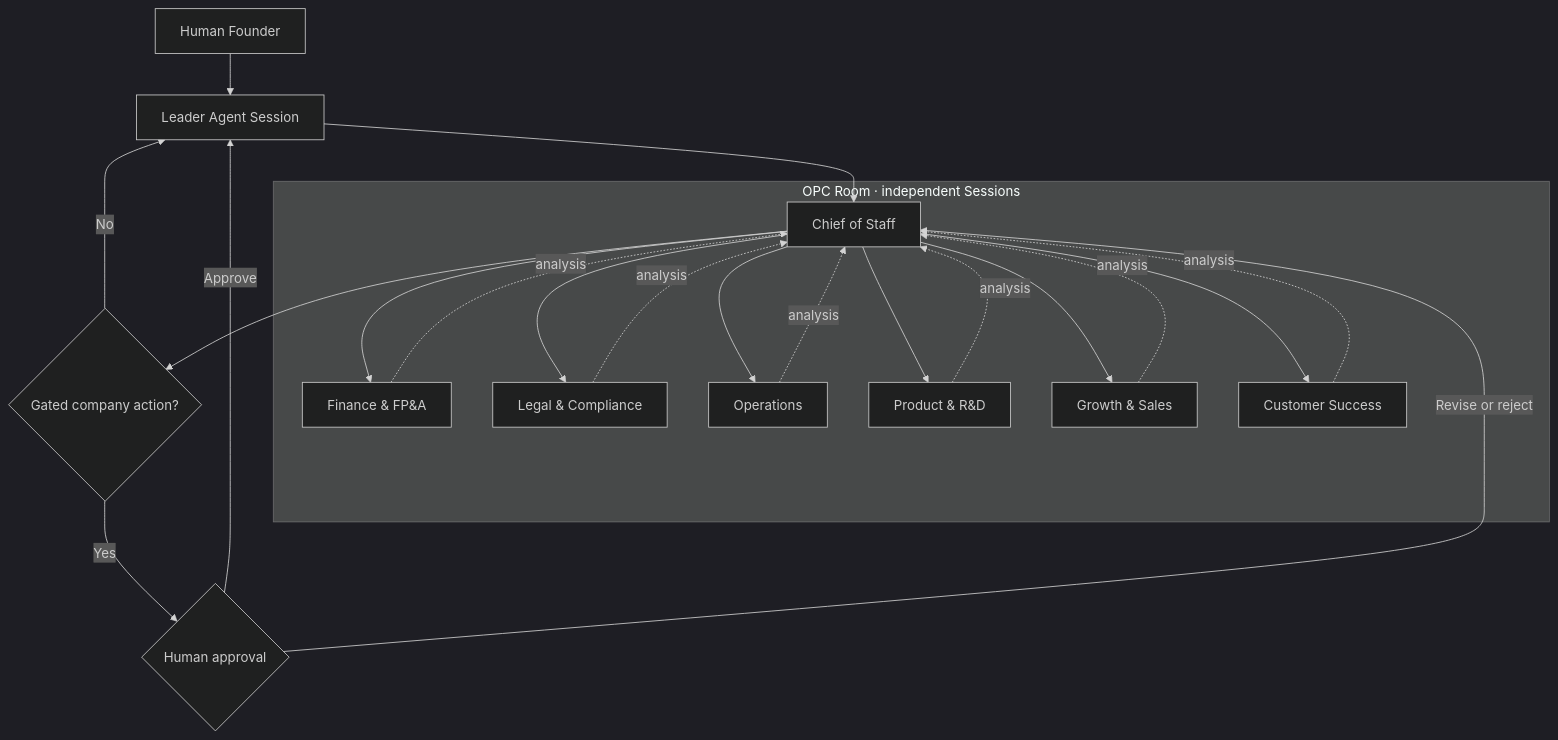
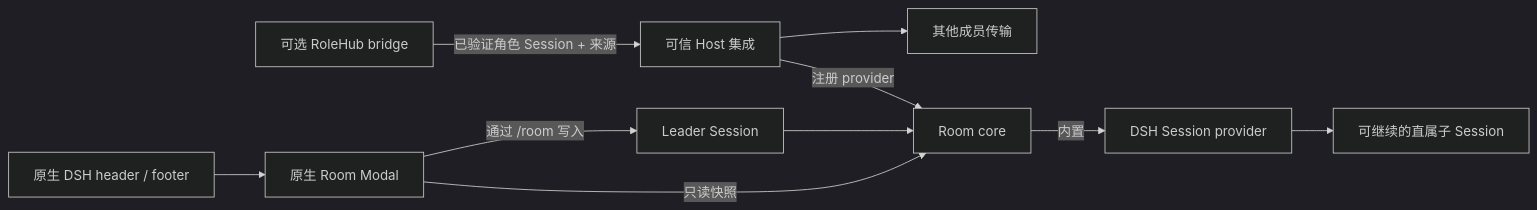
The diagram in README.zh.md (ishuowang/dsh-agent-team-room), drawn with Mermaid (dark theme) before and after one commit. The commit also changed other lines of this file and 74 other files, not shown here.

````diff
--- a/README.zh.md
+++ b/README.zh.md
@@ -123,34 +24,14 @@
 ```mermaid
-flowchart TB
-  H[Human Founder] --> L[Leader Agent Session]
+flowchart LR
+  L[Leader Session] --> R[Room core]
+  R -->|内置| D[DSH Session provider]
+  D --> C[可继续的直属子 Session]
 
-  subgraph ROOM[OPC Room · independent Sessions]
-    C[Chief of Staff]
-    F["Finance & FP&A"]
-    G["Legal & Compliance"]
-    O[Operations]
-    R["Product & R&D"]
-    M["Growth & Sales"]
-    S[Customer Success]
+  H[可信 Host 集成] -->|注册 provider| R
+  RH[可选 RoleHub bridge] -->|已验证角色 Session + 来源| H
+  H --> X[其他成员传输]
 
-    C --> F
-    C --> G
-    C --> O
-    C --> R
-    C --> M
-    C --> S
-    F -. analysis .-> C
-    G -. analysis .-> C
-    O -. analysis .-> C
-    R -. analysis .-> C
-    M -. analysis .-> C
-    S -. analysis .-> C
-  end
-
-  L --> C
-  C --> D{Gated company action?}
-  D -->|No| L
-  D -->|Yes| A{Human approval}
-  A -->|Approve| L
-  A -->|Revise or reject| C
+  UI[原生 DSH header / footer] --> M[原生 Room Modal]
+  M -->|只读快照| R
+  M -->|通过 /room 写入| L
 ```
````
